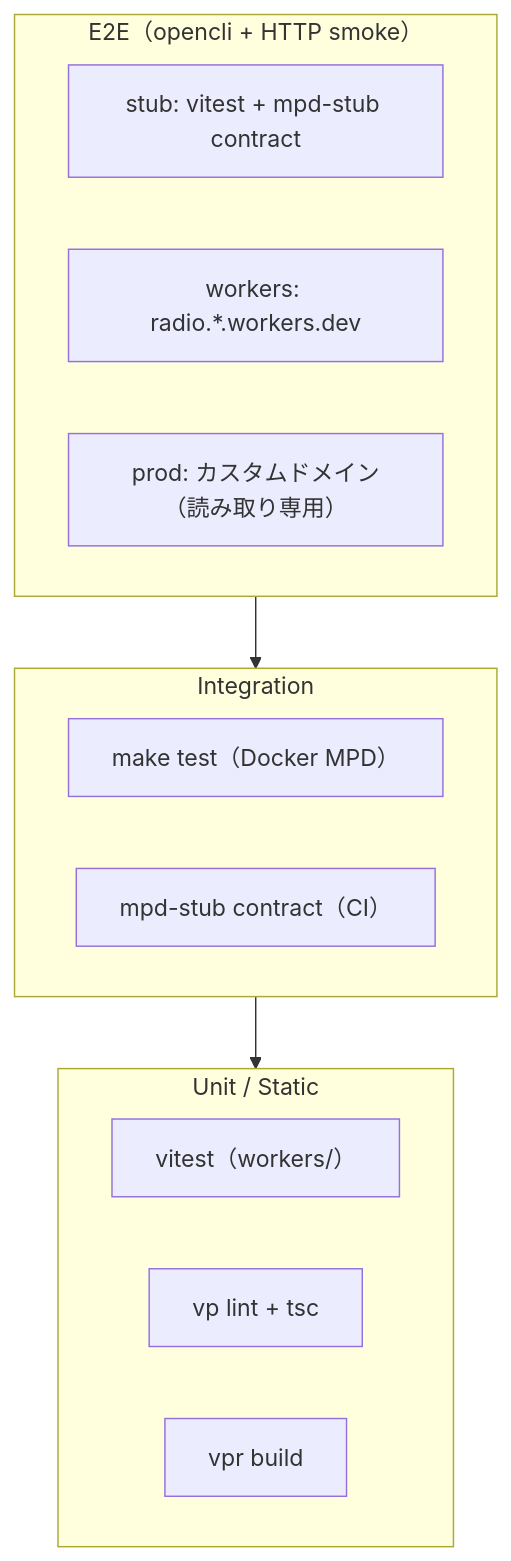
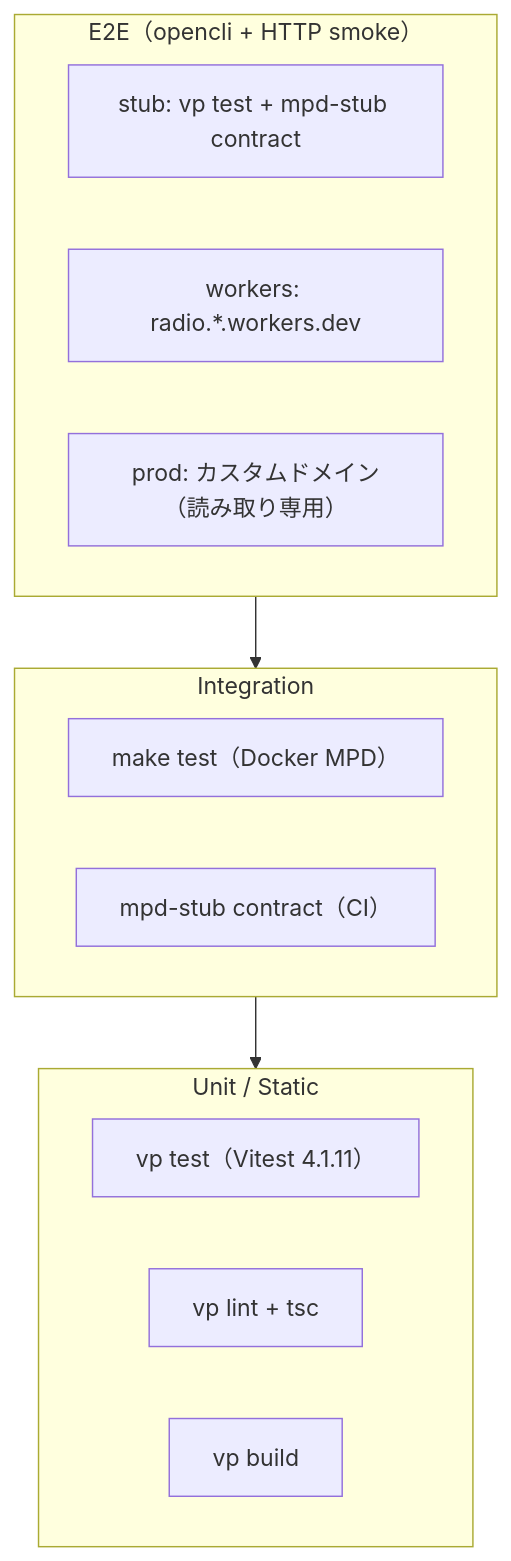
The fourth of 8 diagrams in docs/diagrams.md (budybye/radio), drawn with Mermaid before and after one commit. The commit also changed 42 other files, not shown here.

````diff
--- a/docs/diagrams.md
+++ b/docs/diagrams.md
@@ -114,22 +114,22 @@
 ```mermaid
 flowchart TB
   subgraph e2e["E2E（opencli + HTTP smoke）"]
-    Stub["stub: vitest + mpd-stub contract"]
+    Stub["stub: vp test + mpd-stub contract"]
     Workers["workers: radio.*.workers.dev"]
     Prod["prod: カスタムドメイン（読み取り専用）"]
   end
 
   subgraph integration["Integration"]
     MakeTest["make test（Docker MPD）"]
     MpdStub["mpd-stub contract（CI）"]
   end
 
   subgraph unit["Unit / Static"]
-    Vitest["vitest（workers/）"]
+    Vitest["vp test（Vitest 4.1.11）"]
     Lint["vp lint + tsc"]
-    Build["vpr build"]
+    Build["vp build"]
   end
 
   e2e --> integration
   integration --> unit
 ```
````
